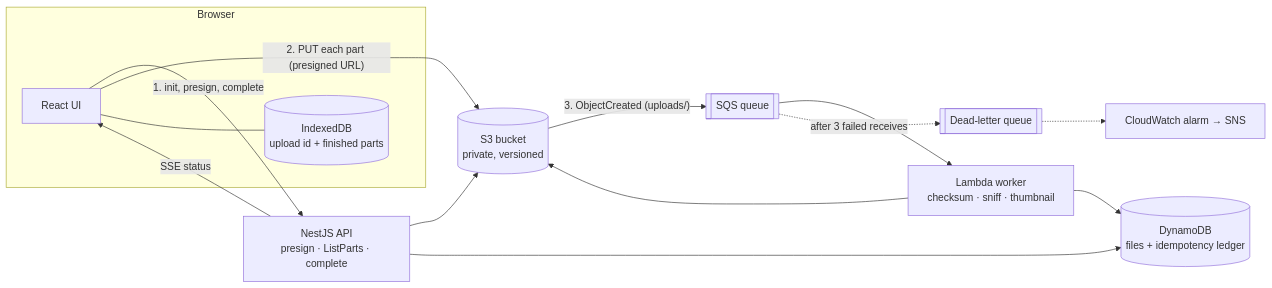
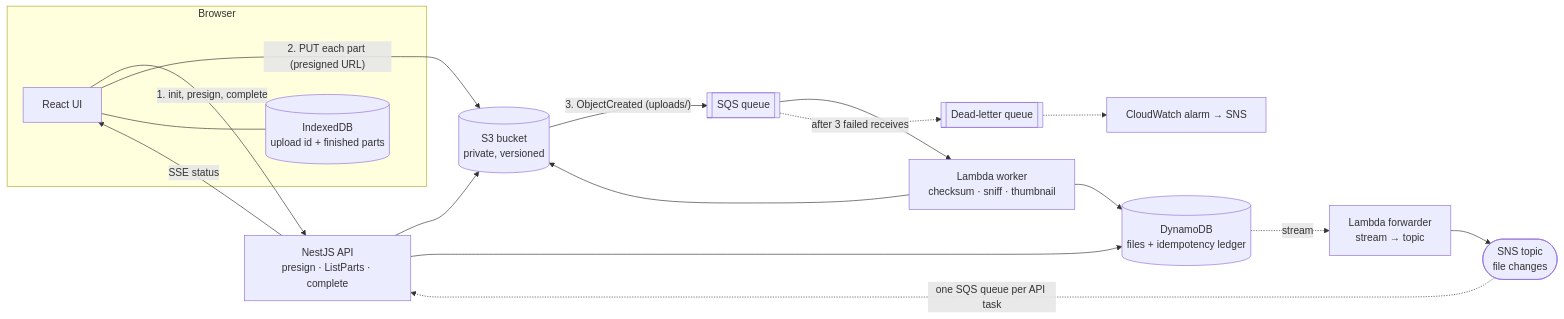
One commit to kevinmakwana/s3-upload-pipeline changed the first of 2 diagrams in README.md. Above: the diagram before and after it, drawn with Mermaid. The commit also changed other lines of this file and 22 other files, not shown here.

````diff
--- a/README.md
+++ b/README.md
@@ -26,26 +26,29 @@
 ```mermaid
 flowchart LR
   subgraph Browser
     UI["React UI"]
     IDB[("IndexedDB<br/>upload id + finished parts")]
   end
   API["NestJS API<br/>presign · ListParts · complete"]
   S3[("S3 bucket<br/>private, versioned")]
   SQS[["SQS queue"]]
   DLQ[["Dead-letter queue"]]
   L["Lambda worker<br/>checksum · sniff · thumbnail"]
   DDB[("DynamoDB<br/>files + idempotency ledger")]
+  FWD["Lambda forwarder<br/>stream → topic"]
+  TOPIC(["SNS topic<br/>file changes"])
   ALARM["CloudWatch alarm → SNS"]
 
   UI -- "1. init, presign, complete" --> API
   UI -- "2. PUT each part (presigned URL)" --> S3
   API -- "SSE status" --> UI
   UI --- IDB
   API --> S3
   API --> DDB
   S3 -- "3. ObjectCreated (uploads/)" --> SQS
   SQS --> L
   SQS -. "after 3 failed receives" .-> DLQ -.-> ALARM
   L --> S3
   L --> DDB
+  DDB -. "stream" .-> FWD --> TOPIC -. "one SQS queue per API task" .-> API
 ```
````
